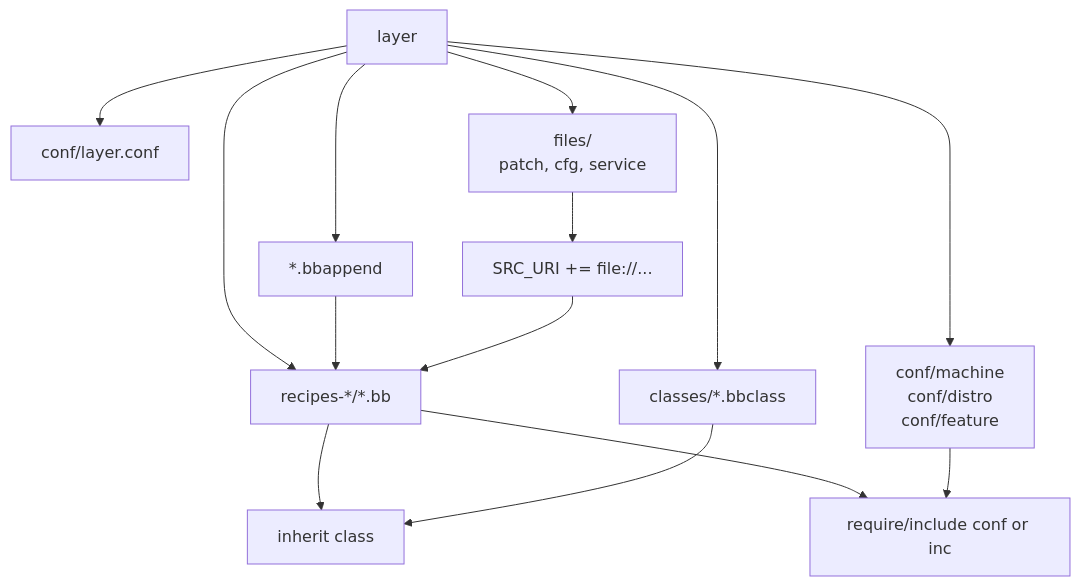
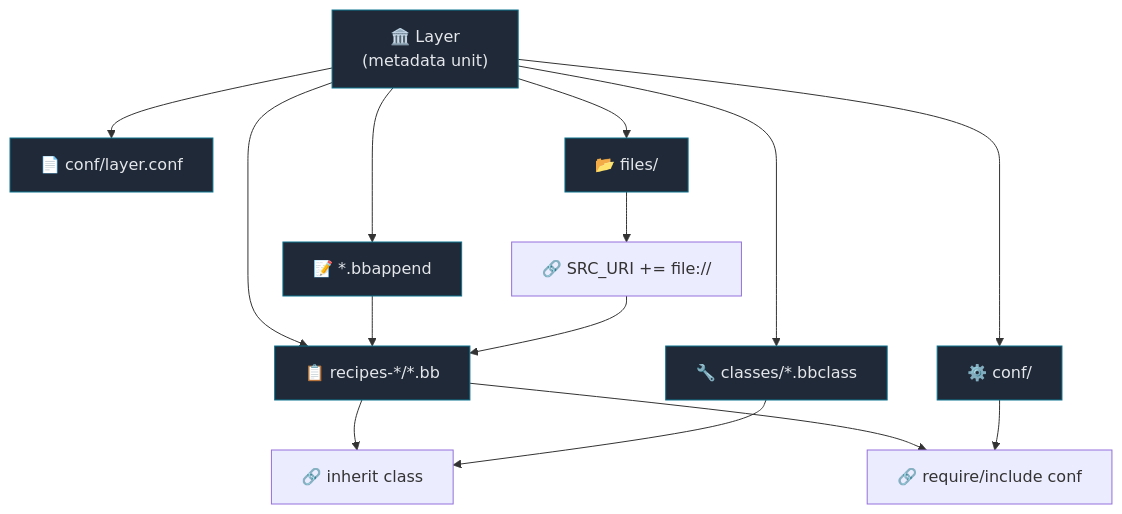
Before and after one commit to yocto-textbook/document: the second of 3 diagrams in topics/00-yocto-build-pipeline.md, drawn with Mermaid. The commit also changed other lines of this file and 17 other files, not shown here.

````diff
--- a/topics/00-yocto-build-pipeline.md
+++ b/topics/00-yocto-build-pipeline.md
@@ -81,17 +90,25 @@
 ```mermaid
 flowchart TB
-    Layer["layer"] --> LayerConf["conf/layer.conf"]
-    Layer --> Recipes["recipes-*/*.bb"]
-    Layer --> Appends["*.bbappend"]
-    Layer --> Classes["classes/*.bbclass"]
-    Layer --> ConfFiles["conf/machine<br/>conf/distro<br/>conf/feature"]
-    Layer --> Files["files/<br/>patch, cfg, service"]
+    Layer["🏛️ Layer<br/>(metadata unit)"] --> LayerConf["📄 conf/layer.conf"]
+    Layer --> Recipes["📋 recipes-*/*.bb"]
+    Layer --> Appends["📝 *.bbappend"]
+    Layer --> Classes["🔧 classes/*.bbclass"]
+    Layer --> ConfFiles["⚙️ conf/"]
+    Layer --> Files["📂 files/"]
 
-    Recipes --> Inherit["inherit class"]
+    Recipes --> Inherit["🔗 inherit class"]
     Classes --> Inherit
-    Recipes --> Include["require/include conf or inc"]
+    Recipes --> Include["🔗 require/include conf"]
     ConfFiles --> Include
     Appends --> Recipes
-    Files --> SrcUri["SRC_URI += file://..."]
+    Files --> SrcUri["🔗 SRC_URI += file://"]
     SrcUri --> Recipes
+
+    style Layer fill:#1f2937,stroke:#0e7490,stroke-width:1px,color:#e5e7eb
+    style LayerConf fill:#1f2937,stroke:#0e7490,stroke-width:1px,color:#e5e7eb
+    style Recipes fill:#1f2937,stroke:#0e7490,stroke-width:1px,color:#e5e7eb
+    style Appends fill:#1f2937,stroke:#0e7490,stroke-width:1px,color:#e5e7eb
+    style Classes fill:#1f2937,stroke:#0e7490,stroke-width:1px,color:#e5e7eb
+    style ConfFiles fill:#1f2937,stroke:#0e7490,stroke-width:1px,color:#e5e7eb
+    style Files fill:#1f2937,stroke:#0e7490,stroke-width:1px,color:#e5e7eb
 ```
````
